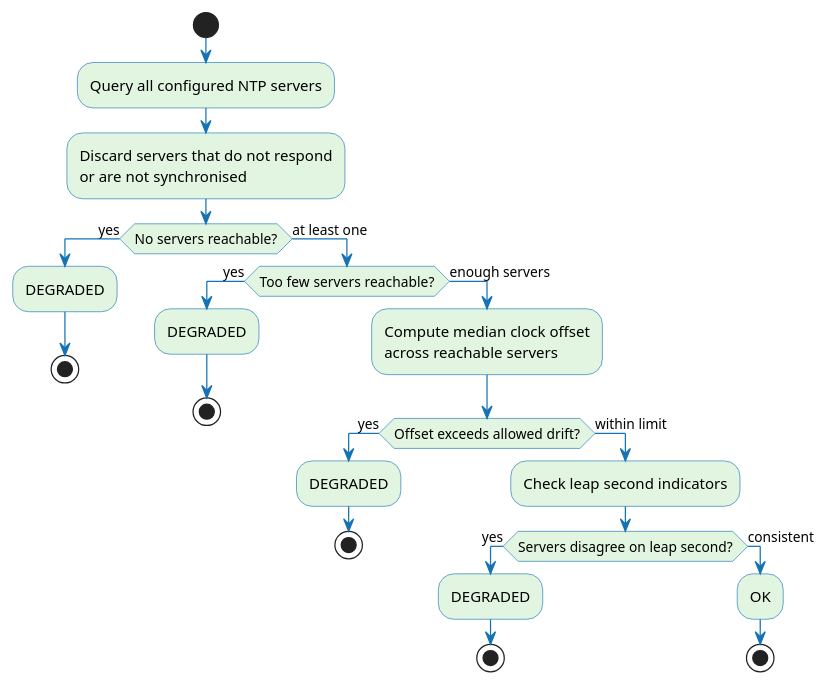
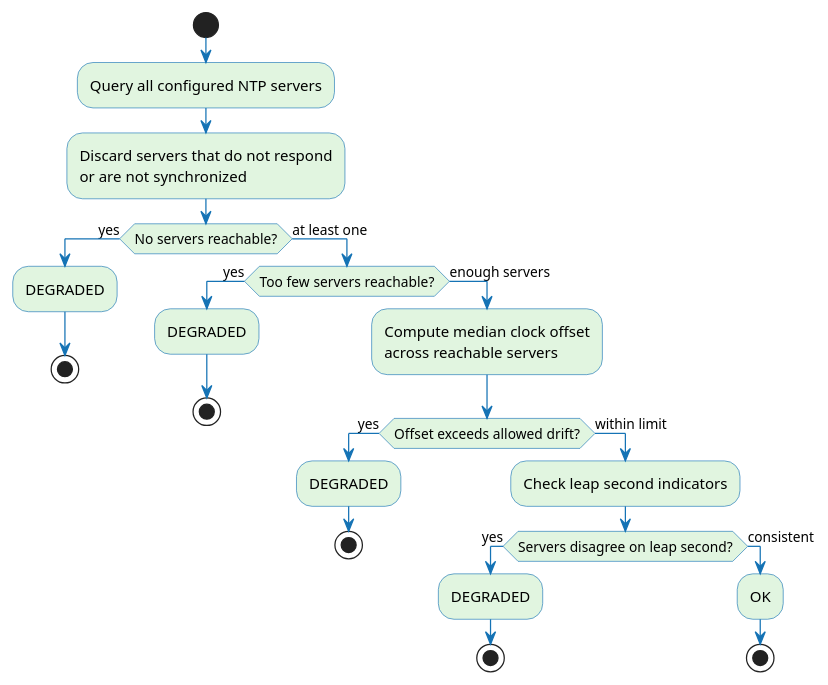
Before and after one commit to CZERTAINLY/CZERTAINLY-Documentation: the diagram in docs/signing/timestamping/time-quality-monitor.md, drawn with PlantUML. The commit also changed other lines of this file and 49 other files, not shown here.

````diff
--- a/docs/signing/timestamping/time-quality-monitor.md
+++ b/docs/signing/timestamping/time-quality-monitor.md
@@ -27,45 +27,45 @@
 ```plantuml
 @startuml
 skinparam activity {
     BorderColor #1573B5
     BackgroundColor #E1F5E0
     ArrowColor #1573B5
     DiamondBorderColor #1573B5
     DiamondBackgroundColor #E1F5E0
 }
 skinparam shadowing false
 
 start
 
 :Query all configured NTP servers;
 
 :Discard servers that do not respond
-or are not synchronised;
+or are not synchronized;
 
 if (No servers reachable?) then (yes)
   :DEGRADED;
   stop
 else (at least one)
   if (Too few servers reachable?) then (yes)
     :DEGRADED;
     stop
   else (enough servers)
     :Compute median clock offset
     across reachable servers;
     if (Offset exceeds allowed drift?) then (yes)
       :DEGRADED;
       stop
     else (within limit)
       :Check leap second indicators;
       if (Servers disagree on leap second?) then (yes)
         :DEGRADED;
         stop
       else (consistent)
         :OK;
         stop
       endif
     endif
   endif
 endif
 @enduml
 ```
````
